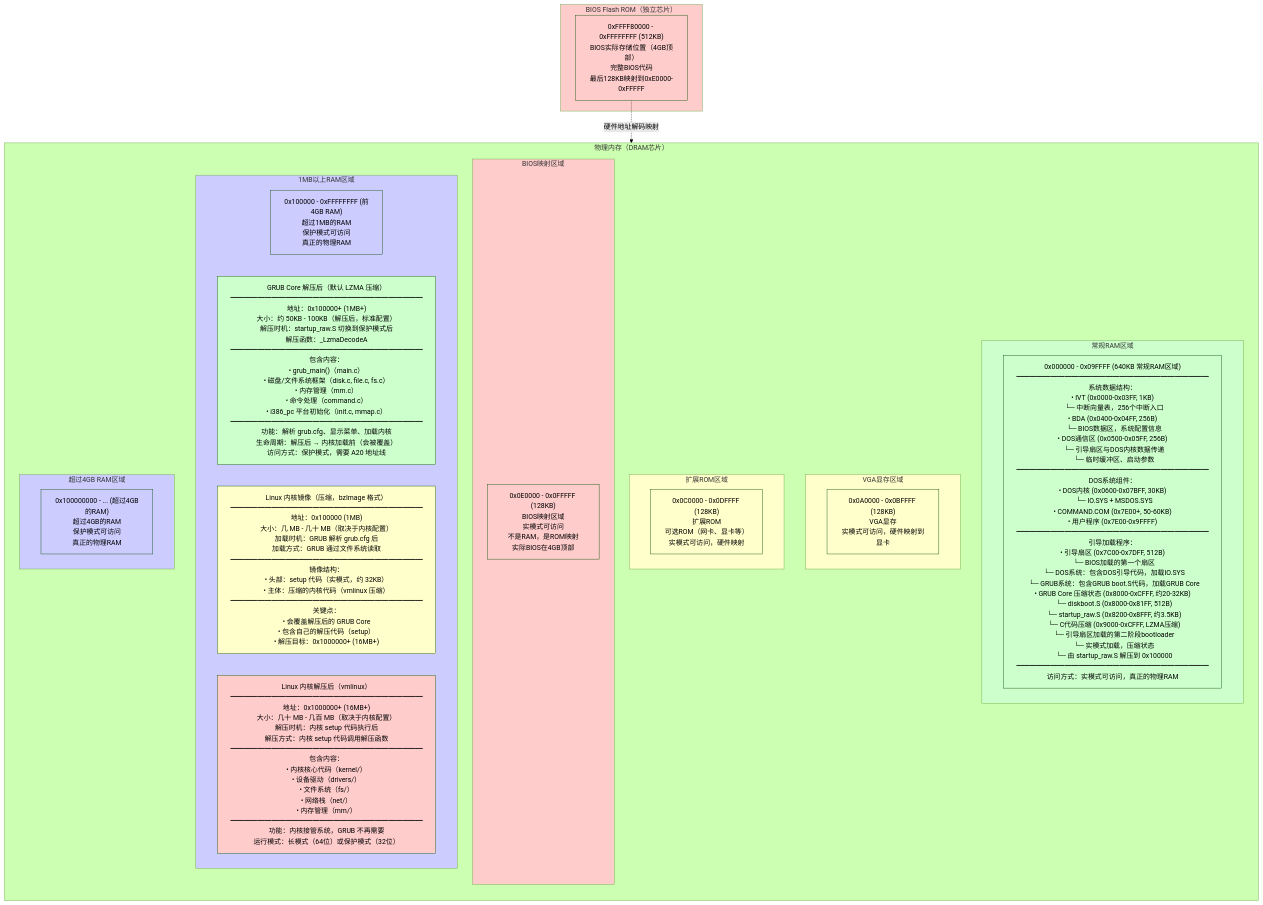
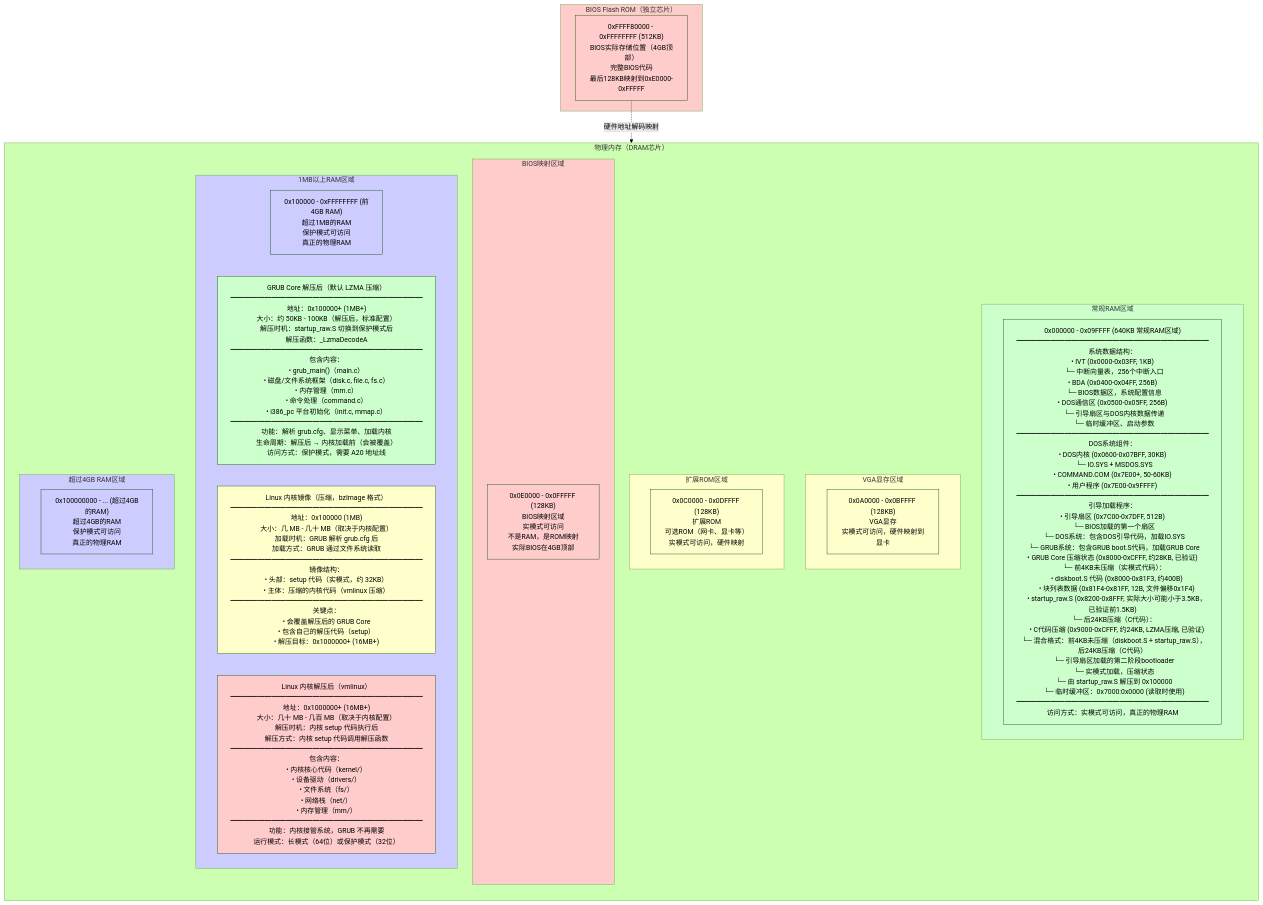
One commit to liweinan/bootimage-example changed the diagram in BIOS_MEMORY_LAYOUT.md. Above: the diagram before and after it, drawn with Mermaid (forest theme). The commit also changed other lines of this file and 4 other files, not shown here.

````diff
--- a/BIOS_MEMORY_LAYOUT.md
+++ b/BIOS_MEMORY_LAYOUT.md
@@ -287,57 +287,57 @@
    ```mermaid
    flowchart TB
        subgraph DRAM["物理内存（DRAM芯片）"]
            direction TB
            
            subgraph Low640KB["常规RAM区域"]
-               LowRAM["0x000000 - 0x09FFFF (640KB 常规RAM区域)<br/>━━━━━━━━━━━━━━━━━━━━━━━━━━━━<br/>系统数据结构：<br/>• IVT (0x0000-0x03FF, 1KB)<br/>  └─ 中断向量表，256个中断入口<br/>• BDA (0x0400-0x04FF, 256B)<br/>  └─ BIOS数据区，系统配置信息<br/>• DOS通信区 (0x0500-0x05FF, 256B)<br/>  └─ 引导扇区与DOS内核数据传递<br/>  └─ 临时缓冲区、启动参数<br/>━━━━━━━━━━━━━━━━━━━━━━━━━━━━<br/>DOS系统组件：<br/>• DOS内核 (0x0600-0x07BFF, 30KB)<br/>  └─ IO.SYS + MSDOS.SYS<br/>• COMMAND.COM (0x7E00+, 50-60KB)<br/>• 用户程序 (0x7E00-0x9FFFF)<br/>━━━━━━━━━━━━━━━━━━━━━━━━━━━━<br/>引导加载程序：<br/>• 引导扇区 (0x7C00-0x7DFF, 512B)<br/>  └─ BIOS加载的第一个扇区<br/>  └─ DOS系统：包含DOS引导代码，加载IO.SYS<br/>  └─ GRUB系统：包含GRUB boot.S代码，加载GRUB Core<br/>• GRUB Core 压缩状态 (0x8000-0xCFFF, 约20-32KB)<br/>  └─ diskboot.S (0x8000-0x81FF, 512B)<br/>  └─ startup_raw.S (0x8200-0x8FFF, 约3.5KB)<br/>  └─ C代码压缩 (0x9000-0xCFFF, LZMA压缩)<br/>  └─ 引导扇区加载的第二阶段bootloader<br/>  └─ 实模式加载，压缩状态<br/>  └─ 由 startup_raw.S 解压到 0x100000<br/>━━━━━━━━━━━━━━━━━━━━━━━━━━━━<br/>访问方式：实模式可访问，真正的物理RAM"]
+               LowRAM["0x000000 - 0x09FFFF (640KB 常规RAM区域)<br/>━━━━━━━━━━━━━━━━━━━━━━━━━━━━<br/>系统数据结构：<br/>• IVT (0x0000-0x03FF, 1KB)<br/>  └─ 中断向量表，256个中断入口<br/>• BDA (0x0400-0x04FF, 256B)<br/>  └─ BIOS数据区，系统配置信息<br/>• DOS通信区 (0x0500-0x05FF, 256B)<br/>  └─ 引导扇区与DOS内核数据传递<br/>  └─ 临时缓冲区、启动参数<br/>━━━━━━━━━━━━━━━━━━━━━━━━━━━━<br/>DOS系统组件：<br/>• DOS内核 (0x0600-0x07BFF, 30KB)<br/>  └─ IO.SYS + MSDOS.SYS<br/>• COMMAND.COM (0x7E00+, 50-60KB)<br/>• 用户程序 (0x7E00-0x9FFFF)<br/>━━━━━━━━━━━━━━━━━━━━━━━━━━━━<br/>引导加载程序：<br/>• 引导扇区 (0x7C00-0x7DFF, 512B)<br/>  └─ BIOS加载的第一个扇区<br/>  └─ DOS系统：包含DOS引导代码，加载IO.SYS<br/>  └─ GRUB系统：包含GRUB boot.S代码，加载GRUB Core<br/>• GRUB Core 压缩状态 (0x8000-0xCFFF, 约28KB, 已验证)<br/>  └─ 前4KB未压缩（实模式代码）：<br/>     • diskboot.S 代码 (0x8000-0x81F3, 约400B)<br/>     • 块列表数据 (0x81F4-0x81FF, 12B, 文件偏移0x1F4)<br/>     • startup_raw.S (0x8200-0x8FFF, 实际大小可能小于3.5KB，已验证前1.5KB)<br/>  └─ 后24KB压缩（C代码）：<br/>     • C代码压缩 (0x9000-0xCFFF, 约24KB, LZMA压缩, 已验证)<br/>  └─ 混合格式：前4KB未压缩（diskboot.S + startup_raw.S），后24KB压缩（C代码）<br/>  └─ 引导扇区加载的第二阶段bootloader<br/>  └─ 实模式加载，压缩状态<br/>  └─ 由 startup_raw.S 解压到 0x100000<br/>  └─ 临时缓冲区：0x7000:0x0000 (读取时使用)<br/>━━━━━━━━━━━━━━━━━━━━━━━━━━━━<br/>访问方式：实模式可访问，真正的物理RAM"]
            end
            
            subgraph VGARAM["VGA显存区域"]
                VGAMem["0x0A0000 - 0x0BFFFF (128KB)<br/>VGA显存<br/>实模式可访问，硬件映射到显卡"]
            end
            
            subgraph ExtROM["扩展ROM区域"]
                OptionROM["0x0C0000 - 0x0DFFFF (128KB)<br/>扩展ROM<br/>可选ROM（网卡、显卡等）<br/>实模式可访问，硬件映射"]
            end
            
            subgraph BIOSMap["BIOS映射区域"]
                BIOSMapped["0x0E0000 - 0x0FFFFF (128KB)<br/>BIOS映射区域<br/>实模式可访问<br/>不是RAM，是ROM映射<br/>实际BIOS在4GB顶部"]
            end
            
            subgraph Above1MB["1MB以上RAM区域"]
                RAM4GB["0x100000 - 0xFFFFFFFF (前4GB RAM)<br/>超过1MB的RAM<br/>保护模式可访问<br/>真正的物理RAM"]
                GRUBDecomp["GRUB Core 解压后（默认 LZMA 压缩）<br/>━━━━━━━━━━━━━━━━━━━━━━━━━━━━<br/>地址：0x100000+ (1MB+)<br/>大小：约 50KB - 100KB（解压后，标准配置）<br/>解压时机：startup_raw.S 切换到保护模式后<br/>解压函数：_LzmaDecodeA<br/>━━━━━━━━━━━━━━━━━━━━━━━━━━━━<br/>包含内容：<br/>• grub_main()（main.c）<br/>• 磁盘/文件系统框架（disk.c, file.c, fs.c）<br/>• 内存管理（mm.c）<br/>• 命令处理（command.c）<br/>• i386_pc 平台初始化（init.c, mmap.c）<br/>━━━━━━━━━━━━━━━━━━━━━━━━━━━━<br/>功能：解析 grub.cfg、显示菜单、加载内核<br/>生命周期：解压后 → 内核加载前（会被覆盖）<br/>访问方式：保护模式，需要 A20 地址线"]
                KernelLoad["Linux 内核镜像（压缩，bzImage 格式）<br/>━━━━━━━━━━━━━━━━━━━━━━━━━━━━<br/>地址：0x100000 (1MB)<br/>大小：几 MB - 几十 MB（取决于内核配置）<br/>加载时机：GRUB 解析 grub.cfg 后<br/>加载方式：GRUB 通过文件系统读取<br/>━━━━━━━━━━━━━━━━━━━━━━━━━━━━<br/>镜像结构：<br/>• 头部：setup 代码（实模式，约 32KB）<br/>• 主体：压缩的内核代码（vmlinux 压缩）<br/>━━━━━━━━━━━━━━━━━━━━━━━━━━━━<br/>关键点：<br/>• 会覆盖解压后的 GRUB Core<br/>• 包含自己的解压代码（setup）<br/>• 解压目标：0x1000000+ (16MB+)"]
                KernelDecomp["Linux 内核解压后（vmlinux）<br/>━━━━━━━━━━━━━━━━━━━━━━━━━━━━<br/>地址：0x1000000+ (16MB+)<br/>大小：几十 MB - 几百 MB（取决于内核配置）<br/>解压时机：内核 setup 代码执行后<br/>解压方式：内核 setup 代码调用解压函数<br/>━━━━━━━━━━━━━━━━━━━━━━━━━━━━<br/>包含内容：<br/>• 内核核心代码（kernel/）<br/>• 设备驱动（drivers/）<br/>• 文件系统（fs/）<br/>• 网络栈（net/）<br/>• 内存管理（mm/）<br/>━━━━━━━━━━━━━━━━━━━━━━━━━━━━<br/>功能：内核接管系统，GRUB 不再需要<br/>运行模式：长模式（64位）或保护模式（32位）"]
            end
            
            subgraph Above4GB["超过4GB RAM区域"]
                RAM8GB["0x100000000 - ... (超过4GB的RAM)<br/>超过4GB的RAM<br/>保护模式可访问<br/>真正的物理RAM"]
            end
        end
        
        subgraph BIOSROM["BIOS Flash ROM（独立芯片）"]
            BIOSFull["0xFFFF80000 - 0xFFFFFFFF (512KB)<br/>BIOS实际存储位置（4GB顶部）<br/>完整BIOS代码<br/>最后128KB映射到0xE0000-0xFFFFF"]
        end
        
        BIOSFull -.->|"硬件地址解码映射"| BIOSMapped
        
        style Low640KB fill:#ccffcc
        style LowRAM fill:#ccffcc
        style VGARAM fill:#ffffcc
        style VGAMem fill:#ffffcc
        style ExtROM fill:#ffffcc
        style OptionROM fill:#ffffcc
        style BIOSMap fill:#ffcccc
        style BIOSMapped fill:#ffcccc
        style Above1MB fill:#ccccff
        style RAM4GB fill:#ccccff
        style GRUBDecomp fill:#ccffcc
        style KernelLoad fill:#ffffcc
        style KernelDecomp fill:#ffcccc
        style Above4GB fill:#ccccff
        style RAM8GB fill:#ccccff
        style BIOSROM fill:#ffcccc
        style BIOSFull fill:#ffcccc
    ```
````
